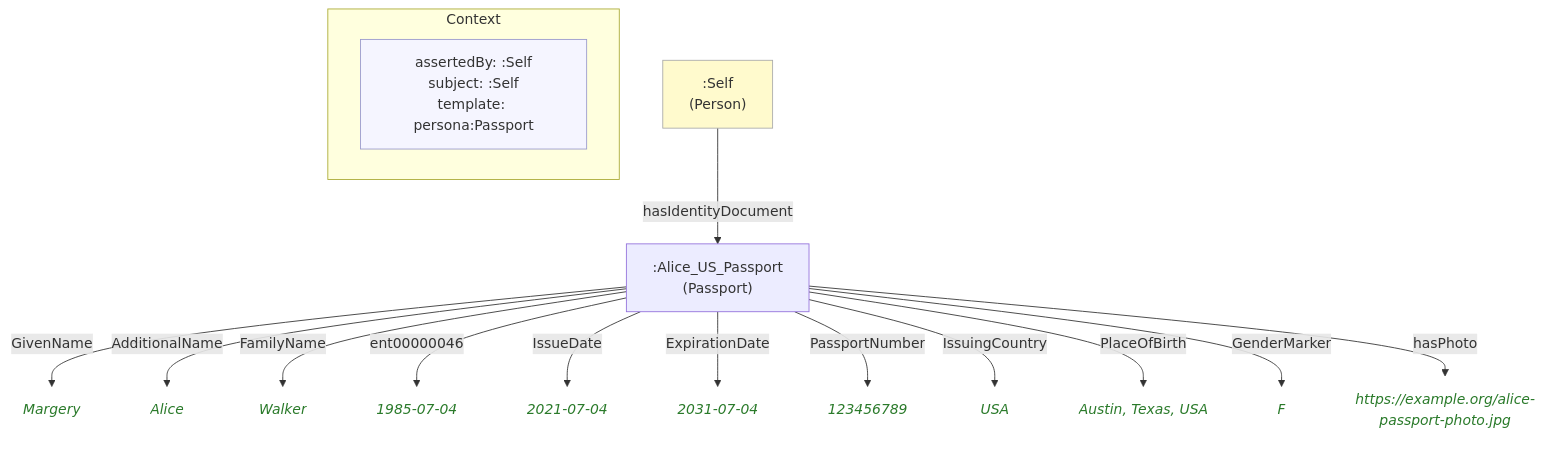
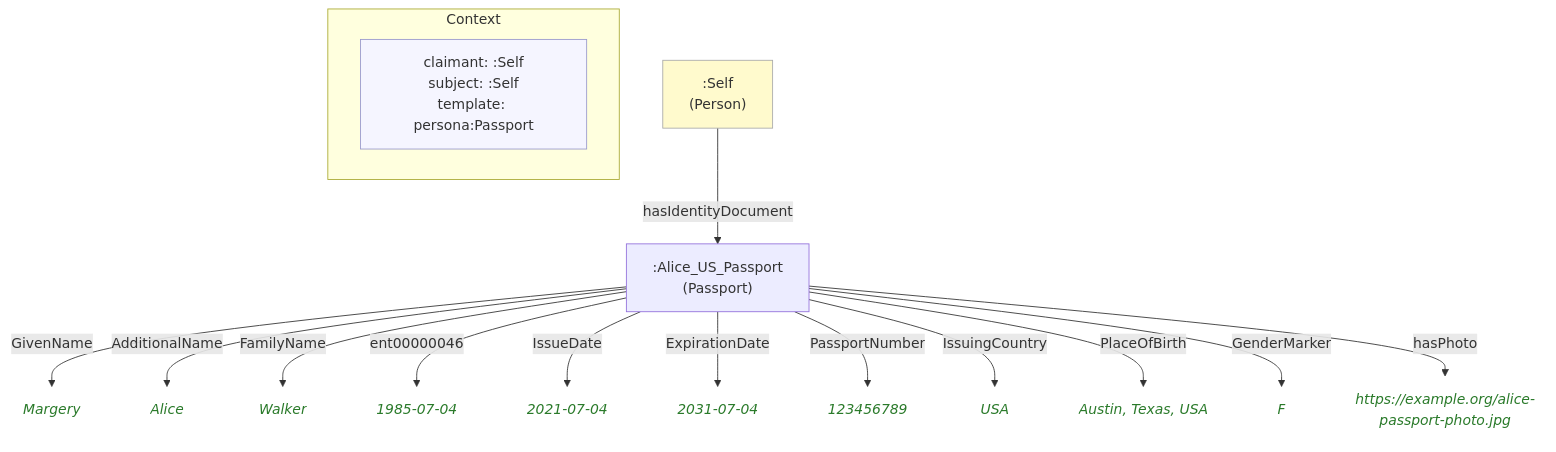
Before and after one commit to MeeFoundation/mia-ontologies: the diagram in example/contexts/images/self.self(passport)(federal)(19).mmd, drawn with Mermaid. The commit also changed 109 other files, not shown here.

First line of the commit message:
Rename context:assertedBy to context:claimant

```diff
--- a/example/contexts/images/self.self(passport)(federal)(19).mmd
+++ b/example/contexts/images/self.self(passport)(federal)(19).mmd
@@ -1,38 +1,38 @@
 flowchart TD
     classDef person fill:#fffacd,stroke:#aaa,color:#333
     classDef grp    fill:#d4edda,stroke:#aaa,color:#333
     classDef org    fill:#cce5ff,stroke:#aaa,color:#333
     classDef lit    fill:none,stroke:none,font-style:italic,color:#2a7a2a
     classDef meta   fill:#f5f5ff,stroke:#9999cc,color:#333
 
     subgraph ctx["Context"]
         direction LR
-        ctx_meta["assertedBy: :Self\nsubject: :Self\ntemplate: persona:Passport"]:::meta
+        ctx_meta["claimant: :Self\nsubject: :Self\ntemplate: persona:Passport"]:::meta
     end
 
     n1e9b86ff4c78[":Alice_US_Passport\n(Passport)"]
-    n5e20c21a9f05("Margery"):::lit
-    n07a0ef2ecb43("Alice"):::lit
-    nbef2ba2def10("Walker"):::lit
-    n964b75957ea4("1985-07-04"):::lit
-    n9f4598f564e2("2021-07-04"):::lit
-    n95552878dd8b("2031-07-04"):::lit
-    ncdfff12fbba0("123456789"):::lit
-    n93cc83bfa793("USA"):::lit
-    n7f5bb61954b0("Austin, Texas, USA"):::lit
-    n57654ea4c900("F"):::lit
+    na637bc23221b("Margery"):::lit
+    nbc882bc4c646("Alice"):::lit
+    ndc753b9a928f("Walker"):::lit
+    n13be2d3cee58("1985-07-04"):::lit
+    n8a0fc3eb798a("2021-07-04"):::lit
+    n648eea42bdcd("2031-07-04"):::lit
+    n385fb57a4992("123456789"):::lit
+    ne736115a80a8("USA"):::lit
+    n961bbe81e2ab("Austin, Texas, USA"):::lit
+    n0bd586bbd806("F"):::lit
     n0b3af7b5a715("https://example.org/alice-passport-photo.jpg"):::lit
     ne0c3ba92f1db[":Self\n(Person)"]:::person
 
-    n1e9b86ff4c78 -->|"GivenName"| n5e20c21a9f05
-    n1e9b86ff4c78 -->|"AdditionalName"| n07a0ef2ecb43
-    n1e9b86ff4c78 -->|"FamilyName"| nbef2ba2def10
-    n1e9b86ff4c78 -->|"ent00000046"| n964b75957ea4
-    n1e9b86ff4c78 -->|"IssueDate"| n9f4598f564e2
-    n1e9b86ff4c78 -->|"ExpirationDate"| n95552878dd8b
-    n1e9b86ff4c78 -->|"PassportNumber"| ncdfff12fbba0
-    n1e9b86ff4c78 -->|"IssuingCountry"| n93cc83bfa793
-    n1e9b86ff4c78 -->|"PlaceOfBirth"| n7f5bb61954b0
-    n1e9b86ff4c78 -->|"GenderMarker"| n57654ea4c900
+    n1e9b86ff4c78 -->|"GivenName"| na637bc23221b
+    n1e9b86ff4c78 -->|"AdditionalName"| nbc882bc4c646
+    n1e9b86ff4c78 -->|"FamilyName"| ndc753b9a928f
+    n1e9b86ff4c78 -->|"ent00000046"| n13be2d3cee58
+    n1e9b86ff4c78 -->|"IssueDate"| n8a0fc3eb798a
+    n1e9b86ff4c78 -->|"ExpirationDate"| n648eea42bdcd
+    n1e9b86ff4c78 -->|"PassportNumber"| n385fb57a4992
+    n1e9b86ff4c78 -->|"IssuingCountry"| ne736115a80a8
+    n1e9b86ff4c78 -->|"PlaceOfBirth"| n961bbe81e2ab
+    n1e9b86ff4c78 -->|"GenderMarker"| n0bd586bbd806
     n1e9b86ff4c78 -->|"hasPhoto"| n0b3af7b5a715
     ne0c3ba92f1db -->|"hasIdentityDocument"| n1e9b86ff4c78
```
